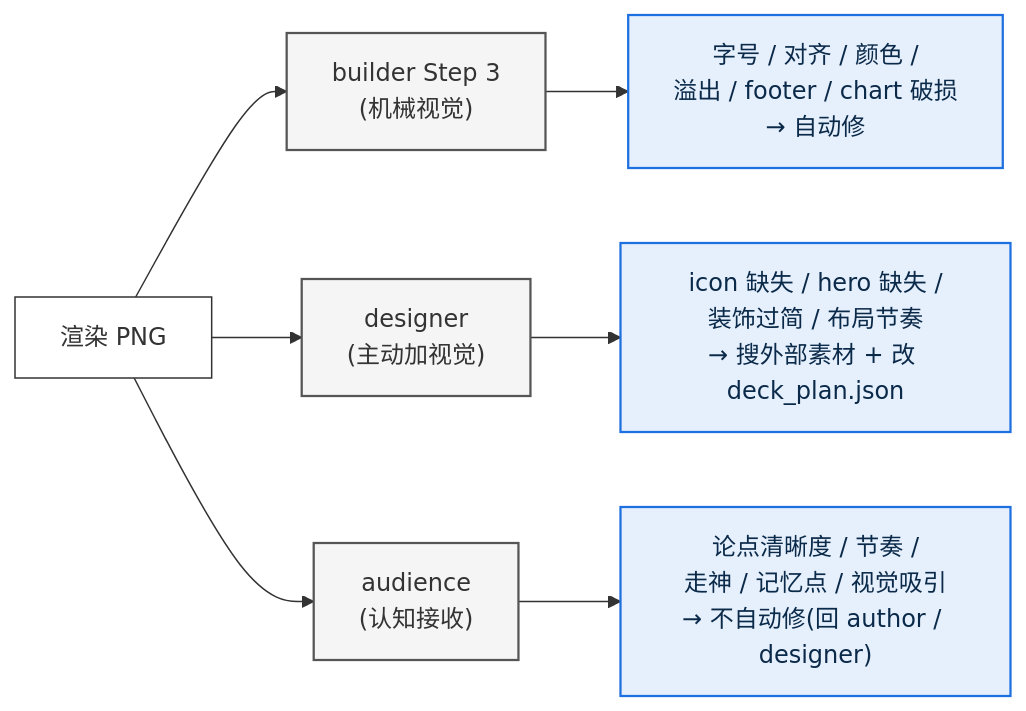
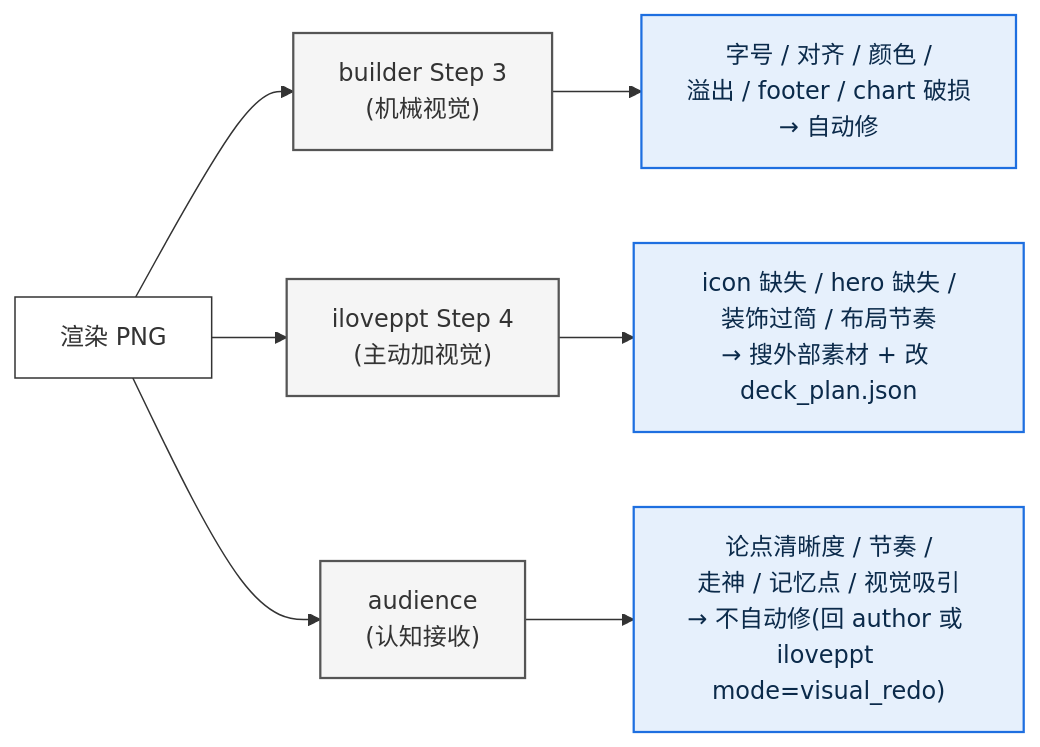
Diagram 11 of 11 in docs/agent-internals.zh.md (pcliangx/iLovePPT), drawn with Mermaid before and after one commit. The commit also changed other lines of this file and 8 other files, not shown here.

First line of the commit message:
refactor(agents): builder + designer 合并为单 iloveppt(5 agent + 1 旁路)

````diff
--- a/docs/agent-internals.zh.md
+++ b/docs/agent-internals.zh.md
@@ -715,17 +658,17 @@
 ```mermaid
 flowchart LR
     PNG[渲染 PNG] --> BD["builder Step 3<br/>(机械视觉)"]
-    PNG --> DS["designer<br/>(主动加视觉)"]
+    PNG --> DS["iloveppt Step 4<br/>(主动加视觉)"]
     PNG --> AD["audience<br/>(认知接收)"]
     BD --> BDout["字号 / 对齐 / 颜色 /<br/>溢出 / footer / chart 破损<br/>→ 自动修"]
     DS --> DSout["icon 缺失 / hero 缺失 /<br/>装饰过简 / 布局节奏<br/>→ 搜外部素材 + 改 deck_plan.json"]
-    AD --> ADout["论点清晰度 / 节奏 /<br/>走神 / 记忆点 / 视觉吸引<br/>→ 不自动修(回 author / designer)"]
+    AD --> ADout["论点清晰度 / 节奏 /<br/>走神 / 记忆点 / 视觉吸引<br/>→ 不自动修(回 author 或 iloveppt mode=visual_redo)"]
 
     classDef io fill:#FFF,stroke:#333
     classDef agent fill:#F5F5F5,stroke:#555,stroke-width:1.5px
     classDef out fill:#E6F0FC,stroke:#1E6FE0,stroke-width:1.5px,color:#0B2A4A
 
     class PNG io
     class BD,DS,AD agent
     class BDout,DSout,ADout out
 ```
````
